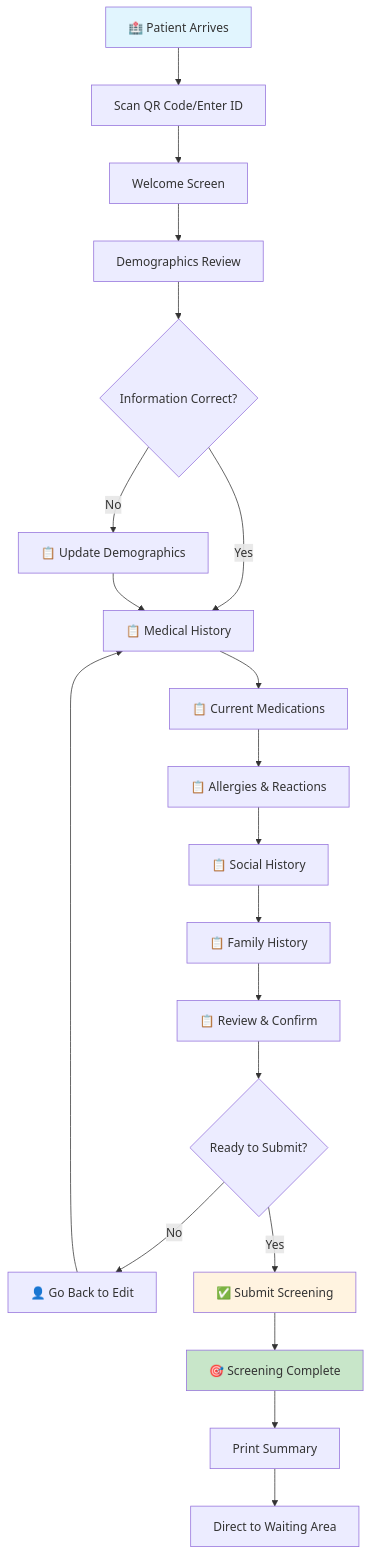
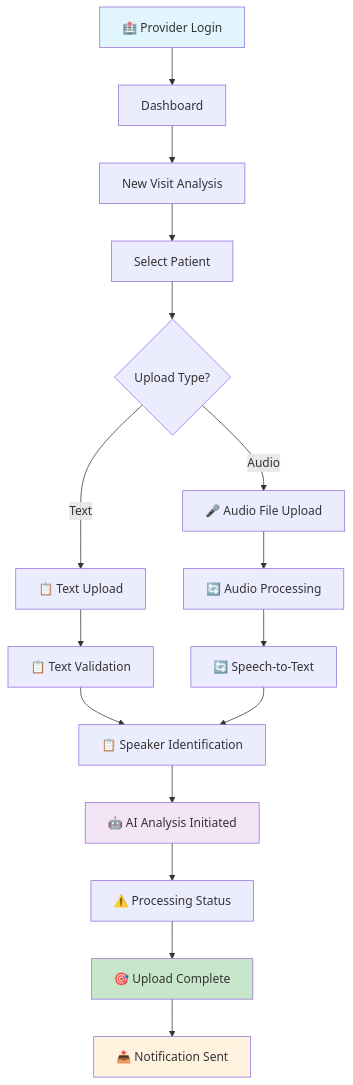
The first of 16 diagrams in docs/wireflow-diagrams.md (Duraman3444/PreExamChartingAgent), drawn with Mermaid before and after one commit. The commit also changed other lines of this file and 5 other files, not shown here.

````diff
--- a/docs/wireflow-diagrams.md
+++ b/docs/wireflow-diagrams.md
@@ -30,26 +33,23 @@
 ```mermaid
 flowchart TD
-    A[🏥 Patient Arrives] --> B[Scan QR Code/Enter ID]
-    B --> C[Welcome Screen]
-    C --> D[Demographics Review]
-    D --> E{Information Correct?}
-    E -->|No| F[📋 Update Demographics]
-    E -->|Yes| G[📋 Medical History]
-    F --> G
-    G --> H[📋 Current Medications]
-    H --> I[📋 Allergies & Reactions]
-    I --> J[📋 Social History]
-    J --> K[📋 Family History]
-    K --> L[📋 Review & Confirm]
-    L --> M{Ready to Submit?}
-    M -->|No| N[👤 Go Back to Edit]
-    M -->|Yes| O[✅ Submit Screening]
-    N --> G
-    O --> P[🎯 Screening Complete]
-    P --> Q[Print Summary]
-    Q --> R[Direct to Waiting Area]
+    A[🏥 Provider Login] --> B[Dashboard]
+    B --> C[New Visit Analysis]
+    C --> D[Select Patient]
+    D --> E{Upload Type?}
+    E -->|Audio| F[🎤 Audio File Upload]
+    E -->|Text| G[📋 Text Upload]
+    F --> H[🔄 Audio Processing]
+    G --> I[📋 Text Validation]
+    H --> J[🔄 Speech-to-Text]
+    I --> K[📋 Speaker Identification]
+    J --> K
+    K --> L[🤖 AI Analysis Initiated]
+    L --> M[⚠️ Processing Status]
+    M --> N[🎯 Upload Complete]
+    N --> O[📤 Notification Sent]
     
     style A fill:#e1f5fe
-    style P fill:#c8e6c9
+    style N fill:#c8e6c9
+    style L fill:#f3e5f5
     style O fill:#fff3e0
 ```
````
